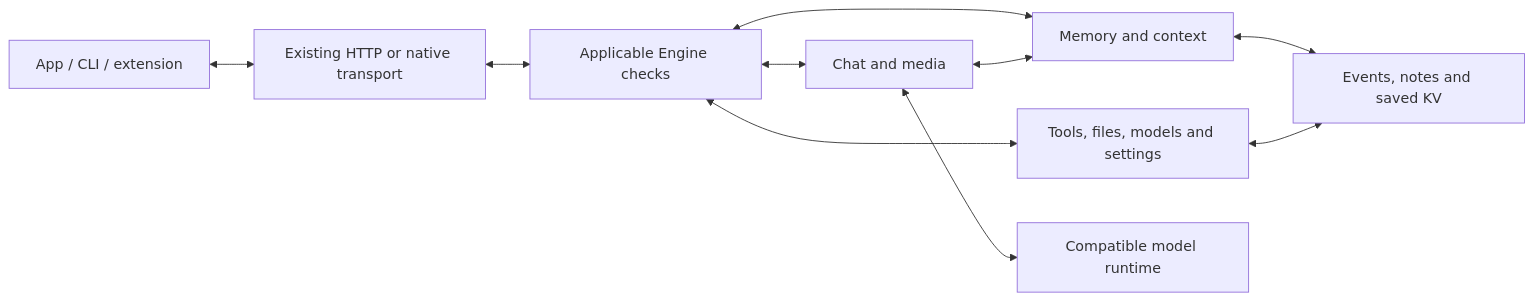
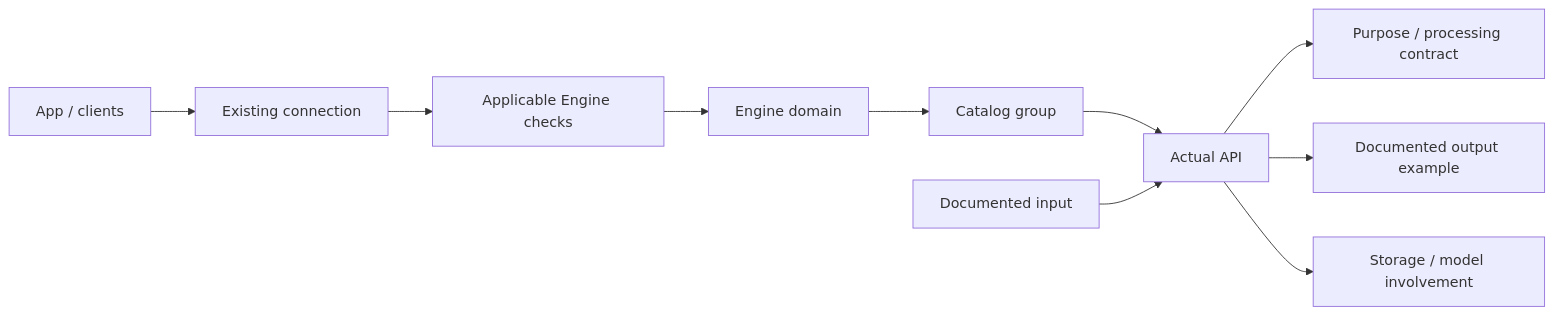
One commit to cluaiz/cluaiz-app changed the second of 2 diagrams in src/features/api/README.md. Above: the diagram before and after it, drawn with Mermaid. The commit also changed other lines of this file and 9 other files, not shown here.

Commit message:
fix(api): expand architecture details in graph and correct zoom

````diff
--- a/src/features/api/README.md
+++ b/src/features/api/README.md
@@ -73,12 +72,12 @@
 ```mermaid
 flowchart LR
-    A[App / CLI / extension] <--> T[Existing HTTP or native transport]
-    T <--> G[Applicable Engine checks]
-    G <--> I[Chat and media]
-    G <--> M[Memory and context]
-    G <--> O[Tools, files, models and settings]
-    I <--> M
-    I <--> R[Compatible model runtime]
-    M <--> S[Events, notes and saved KV]
-    O <--> S
+    C[App / clients] --> T[Existing connection]
+    T --> G[Applicable Engine checks]
+    G --> D[Engine domain]
+    D --> B[Catalog group]
+    B --> A[Actual API]
+    I[Documented input] --> A
+    A --> P[Purpose / processing contract]
+    A --> O[Documented output example]
+    A --> S[Storage / model involvement]
 ```
````
